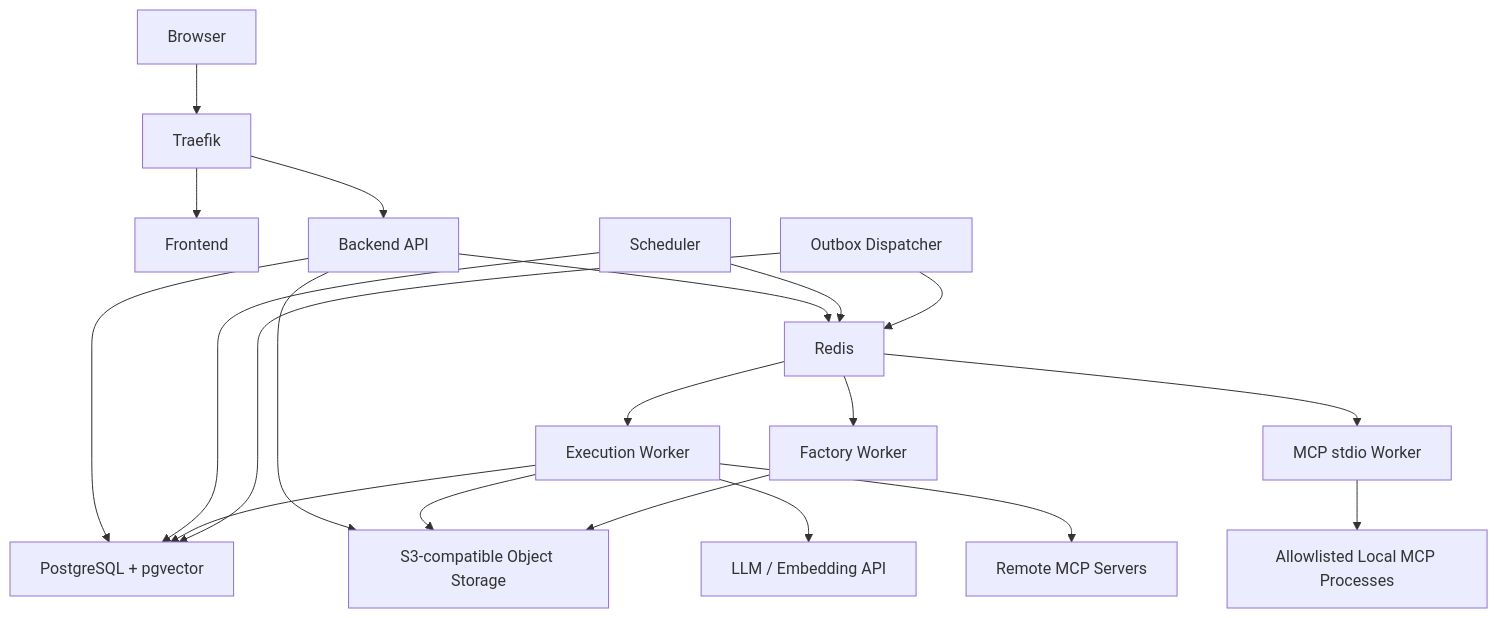
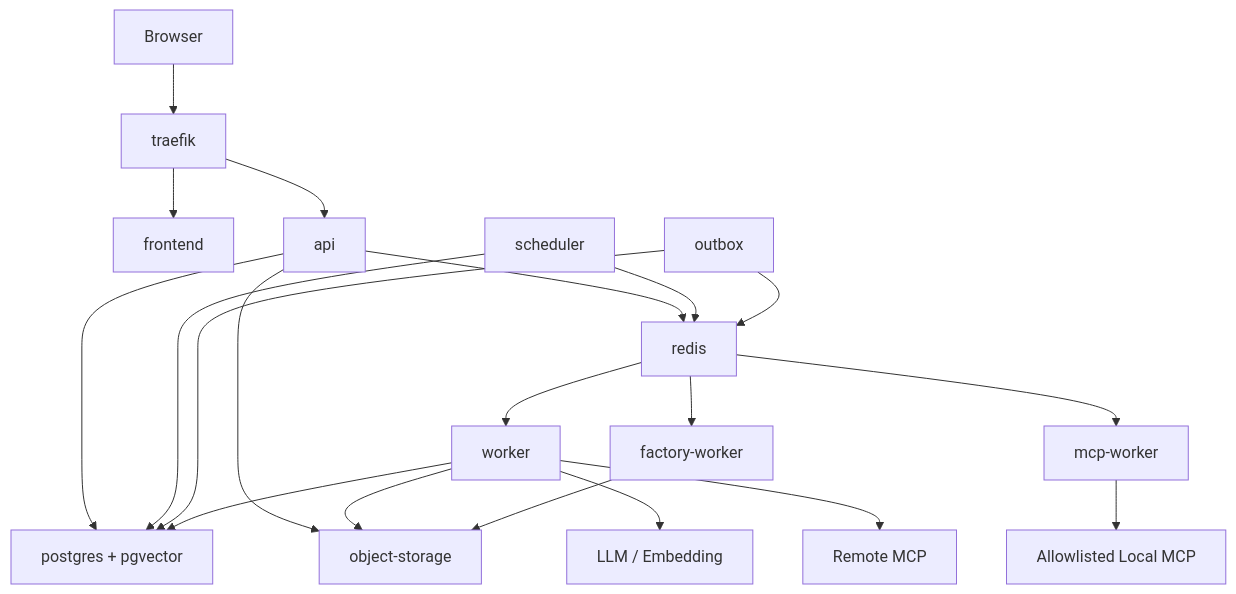
The diagram in docs/08-deployment-architecture.md (ramza2/mcp-flow), drawn with Mermaid before and after one commit. The commit also changed other lines of this file, not shown here.

Commit message:
docs: align deployment architecture and service naming

````diff
--- a/docs/08-deployment-architecture.md
+++ b/docs/08-deployment-architecture.md
@@ -104,28 +71,27 @@
 ```mermaid
 flowchart TD
-    U["Browser"] --> T["Traefik"]
-    T --> F["Frontend"]
-    T --> A["Backend API"]
+    U[Browser] --> T[traefik]
+    T --> F[frontend]
+    T --> A[api]
 
-    A --> PG["PostgreSQL + pgvector"]
-    A --> R["Redis"]
-    A --> OBJ["S3-compatible Object Storage"]
+    A --> PG[postgres + pgvector]
+    A --> R[redis]
+    A --> OBJ[object-storage]
 
-    R --> W["Execution Worker"]
-    R --> MW["MCP stdio Worker"]
-    R --> FW["Factory Worker"]
+    R --> W[worker]
+    R --> MW[mcp-worker]
+    R --> FW[factory-worker]
 
-    S["Scheduler"] --> PG
+    S[scheduler] --> PG
     S --> R
+    O[outbox] --> PG
+    O --> R
 
     W --> PG
     W --> OBJ
-    W --> LLM["LLM / Embedding API"]
-    W --> RMCP["Remote MCP Servers"]
+    W --> L[LLM / Embedding]
+    W --> RM[Remote MCP]
 
-    MW --> LMCP["Allowlisted Local MCP Processes"]
+    MW --> LM[Allowlisted Local MCP]
     FW --> OBJ
-
-    O["Outbox Dispatcher"] --> PG
-    O --> R
 ```
````
